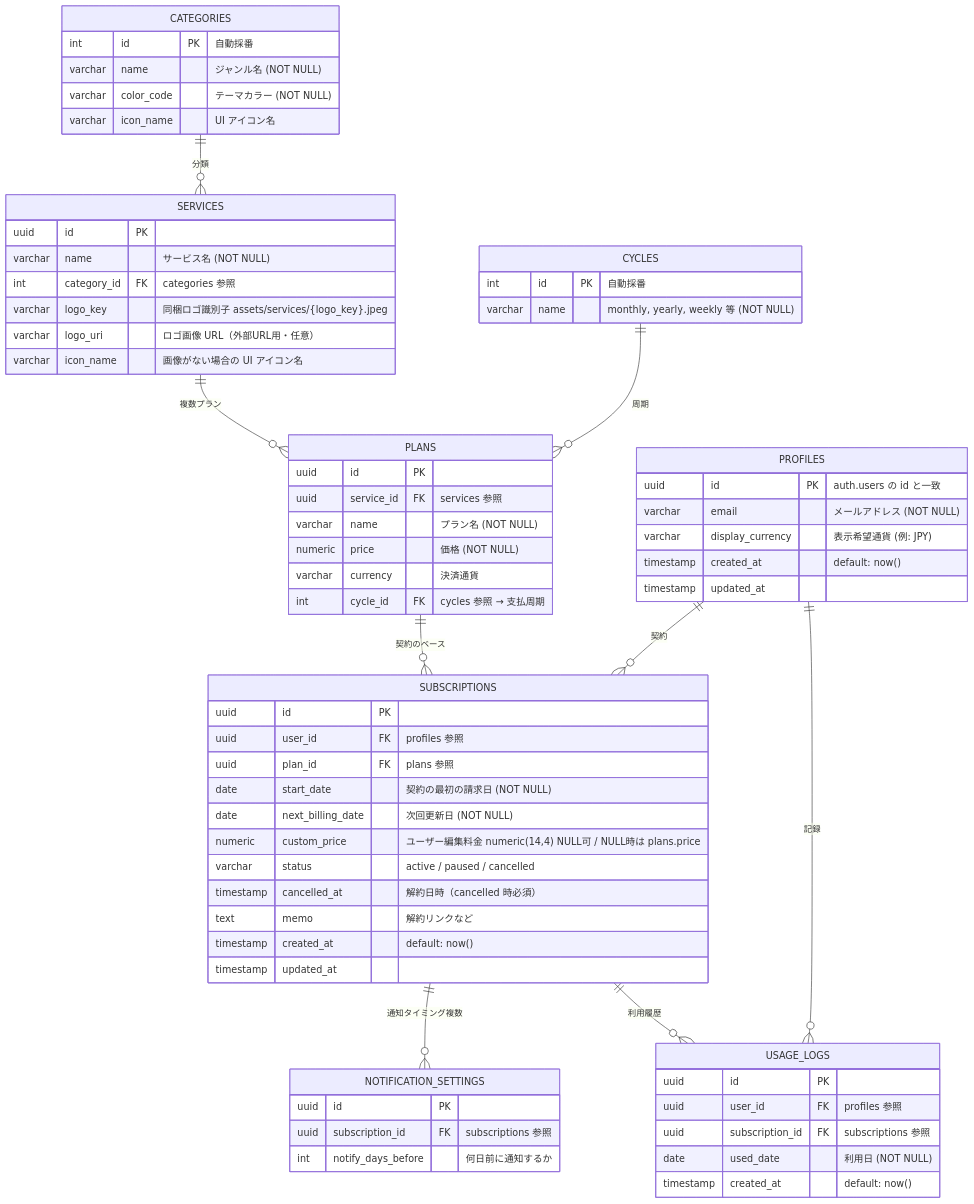
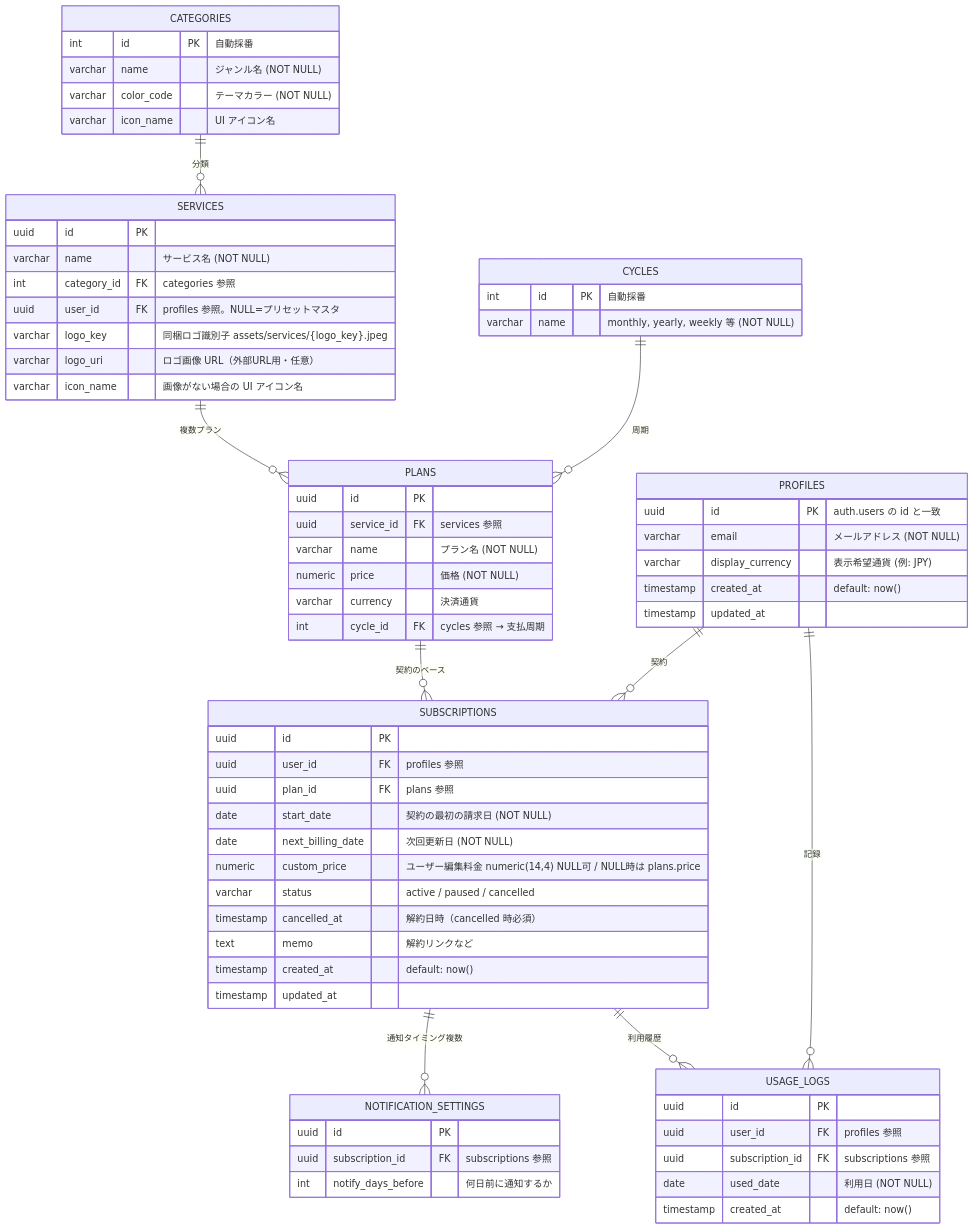
Before and after one commit to junpei0315/SubTrack: the diagram in docs/DATABASE_DESIGN.md, drawn with Mermaid. The commit also changed other lines of this file and 11 other files, not shown here.

````diff
--- a/docs/DATABASE_DESIGN.md
+++ b/docs/DATABASE_DESIGN.md
@@ -25,77 +25,78 @@
 ```mermaid
 erDiagram
     PROFILES {
         uuid id PK "auth.users の id と一致"
         varchar email "メールアドレス (NOT NULL)"
         varchar display_currency "表示希望通貨 (例: JPY)"
         timestamp created_at "default: now()"
         timestamp updated_at
     }
 
     CATEGORIES {
         int id PK "自動採番"
         varchar name "ジャンル名 (NOT NULL)"
         varchar color_code "テーマカラー (NOT NULL)"
         varchar icon_name "UI アイコン名"
     }
 
     CYCLES {
         int id PK "自動採番"
         varchar name "monthly, yearly, weekly 等 (NOT NULL)"
     }
 
     SERVICES {
         uuid id PK
         varchar name "サービス名 (NOT NULL)"
         int category_id FK "categories 参照"
+        uuid user_id FK "profiles 参照。NULL=プリセットマスタ"
         varchar logo_key "同梱ロゴ識別子 assets/services/{logo_key}.jpeg"
         varchar logo_uri "ロゴ画像 URL（外部URL用・任意）"
         varchar icon_name "画像がない場合の UI アイコン名"
     }
 
     PLANS {
         uuid id PK
         uuid service_id FK "services 参照"
         varchar name "プラン名 (NOT NULL)"
         numeric price "価格 (NOT NULL)"
         varchar currency "決済通貨"
         int cycle_id FK "cycles 参照 → 支払周期"
     }
 
     SUBSCRIPTIONS {
         uuid id PK
         uuid user_id FK "profiles 参照"
         uuid plan_id FK "plans 参照"
         date start_date "契約の最初の請求日 (NOT NULL)"
         date next_billing_date "次回更新日 (NOT NULL)"
         numeric custom_price "ユーザー編集料金 numeric(14,4) NULL可 / NULL時は plans.price"
         varchar status "active / paused / cancelled"
         timestamp cancelled_at "解約日時（cancelled 時必須）"
         text memo "解約リンクなど"
         timestamp created_at "default: now()"
         timestamp updated_at
     }
 
     NOTIFICATION_SETTINGS {
         uuid id PK
         uuid subscription_id FK "subscriptions 参照"
         int notify_days_before "何日前に通知するか"
     }
 
     USAGE_LOGS {
         uuid id PK
         uuid user_id FK "profiles 参照"
         uuid subscription_id FK "subscriptions 参照"
         date used_date "利用日 (NOT NULL)"
         timestamp created_at "default: now()"
     }
 
     PROFILES ||--o{ SUBSCRIPTIONS : "契約"
     PROFILES ||--o{ USAGE_LOGS : "記録"
     CATEGORIES ||--o{ SERVICES : "分類"
     CYCLES ||--o{ PLANS : "周期"
     SERVICES ||--o{ PLANS : "複数プラン"
     PLANS ||--o{ SUBSCRIPTIONS : "契約のベース"
     SUBSCRIPTIONS ||--o{ NOTIFICATION_SETTINGS : "通知タイミング複数"
     SUBSCRIPTIONS ||--o{ USAGE_LOGS : "利用履歴"
 ```
````
